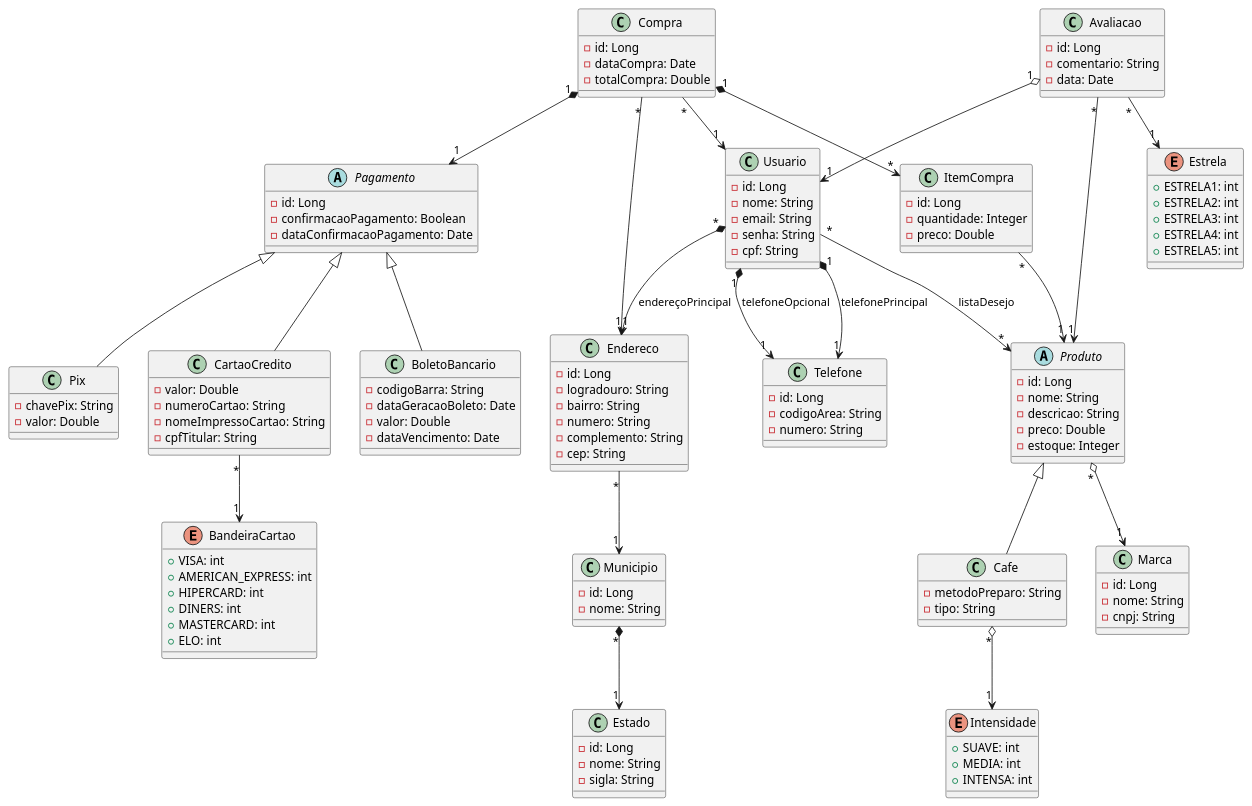
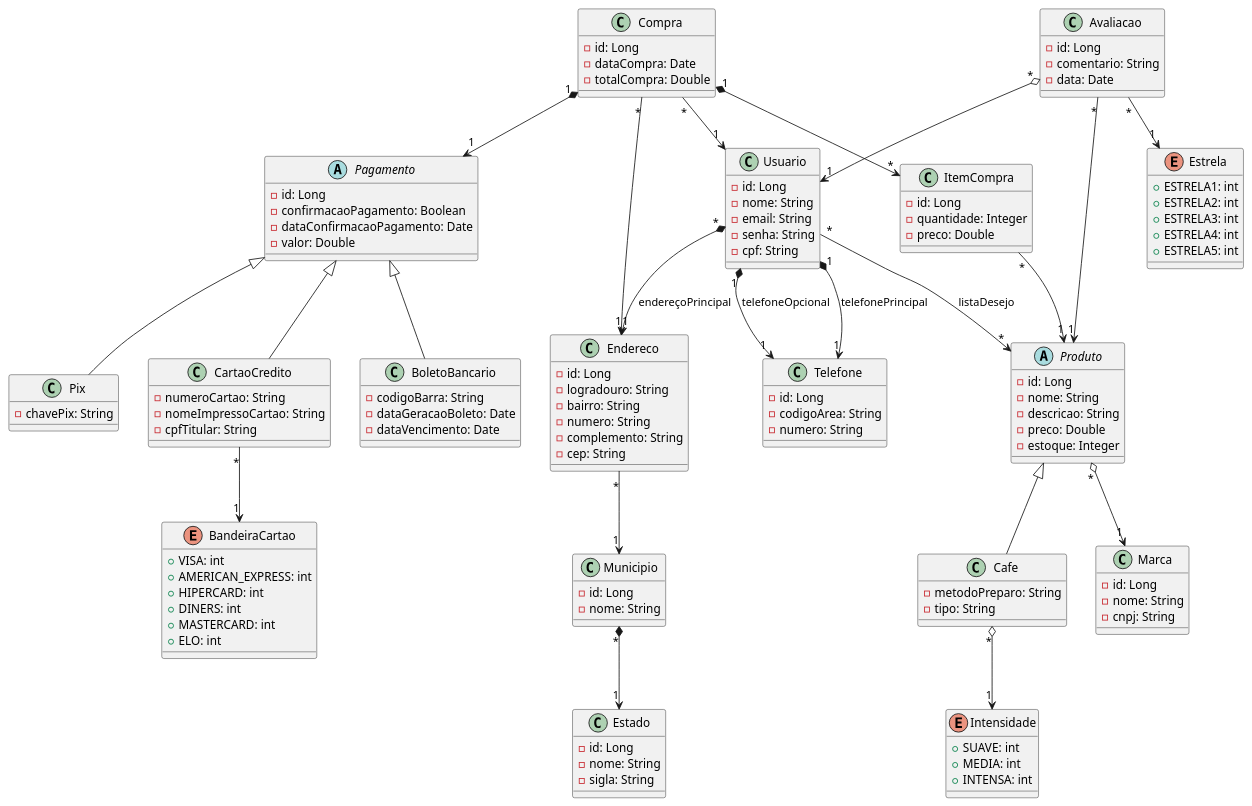
The diagram in JavaCoffee.plantuml (emannuelop/JavaCoffee-eCommerce), drawn with PlantUML before and after one commit.

Commit message:
Finalização UML

```diff
--- a/JavaCoffee.plantuml
+++ b/JavaCoffee.plantuml
@@ -1,171 +1,169 @@
 @startuml Coffee-eCommerce
 
     abstract class Produto {
 
         - id: Long
         - nome: String
         - descricao: String
         - preco: Double
         - estoque: Integer
     }
 
     class Cafe {
 
         - metodoPreparo: String
         - tipo: String
     }
 
     enum Intensidade {
 
         + SUAVE: int
         + MEDIA: int
         + INTENSA: int
     }
 
     class Marca {
 
         - id: Long
         - nome: String
         - cnpj: String
     }
 
     class Usuario {
 
         - id: Long
         - nome: String
         - email: String
         - senha: String
         - cpf: String
     }
 
     class Telefone {
 
         - id: Long
         - codigoArea: String
         - numero: String
     }
 
     class Compra {
 
         - id: Long
         - dataCompra: Date
         - totalCompra: Double
     }
 
     class ItemCompra {
 
         - id: Long
         - quantidade: Integer
         - preco: Double
     }
 
     class Endereco {
 
         - id: Long
         - logradouro: String
         - bairro: String
         - numero: String
         - complemento: String
         - cep: String
     }
 
     class Avaliacao {
 
         - id: Long
         - comentario: String
         - data: Date
     }
 
     enum Estrela {
 
         + ESTRELA1: int
         + ESTRELA2: int
         + ESTRELA3: int
         + ESTRELA4: int
         + ESTRELA5: int
     }
 
     abstract class Pagamento {
 
         - id: Long
         - confirmacaoPagamento: Boolean
         - dataConfirmacaoPagamento: Date
+        - valor: Double
     }
 
     class BoletoBancario {
 
         - codigoBarra: String
         - dataGeracaoBoleto: Date
-        - valor: Double
         - dataVencimento: Date
     }
 
     class Pix {
 
         - chavePix: String
-        - valor: Double
     }
 
     class CartaoCredito {
 
-        - valor: Double
         - numeroCartao: String
         - nomeImpressoCartao: String
         - cpfTitular: String
     }
 
     enum BandeiraCartao {
 
         + VISA: int
         + AMERICAN_EXPRESS: int
         + HIPERCARD: int
         + DINERS: int
         + MASTERCARD: int
         + ELO: int
     }
 
     class Estado {
 
         - id: Long
         - nome: String
         - sigla: String
     }
 
     class Municipio {
 
         - id: Long
         - nome: String
     }
 
     Produto "*" o--> "1" Marca
 
     Cafe -up-|> Produto
     Cafe "*" o--> "1" Intensidade
 
     Municipio "*" *--> "1" Estado
 
     Endereco "*" --> "1" Municipio
 
     Usuario "*" --> "*" Produto: listaDesejo
     Usuario "1" *--> "1" Telefone: telefonePrincipal
     Usuario "1" *--> "1" Telefone: telefoneOpcional
     Usuario "*" *--> "1" Endereco: endereçoPrincipal
 
     ItemCompra "*" --> "1" Produto
 
     BoletoBancario -up-|> Pagamento
 
     Pix -up-|> Pagamento
 
     CartaoCredito -up-|> Pagamento
     CartaoCredito "*" --> "1" BandeiraCartao
 
     Compra "*" --> "1" Usuario
     Compra "1" *--> "*" ItemCompra
     Compra "*" --> "1" Endereco
     Compra "1" *--> "1" Pagamento
 
     Avaliacao "*" --> "1" Estrela
-    Avaliacao "1" o--> "1" Usuario
+    Avaliacao "*" o--> "1" Usuario
     Avaliacao "*" --> "1" Produto
 @enduml
```
